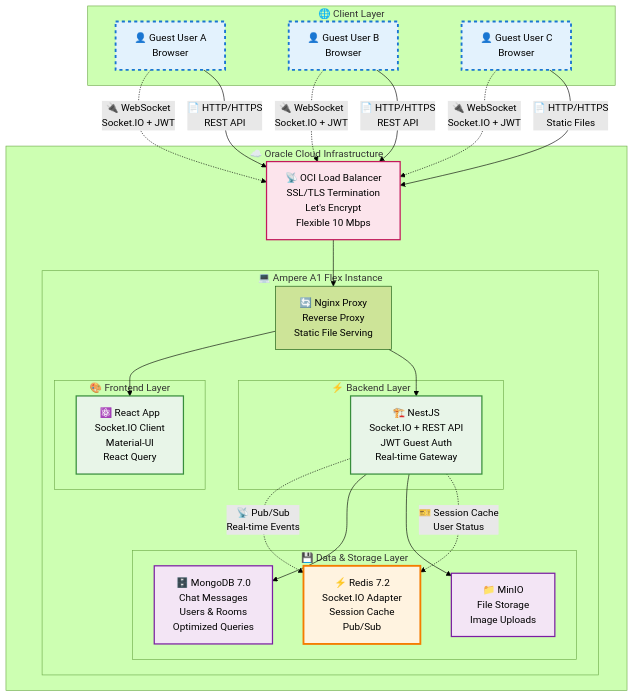
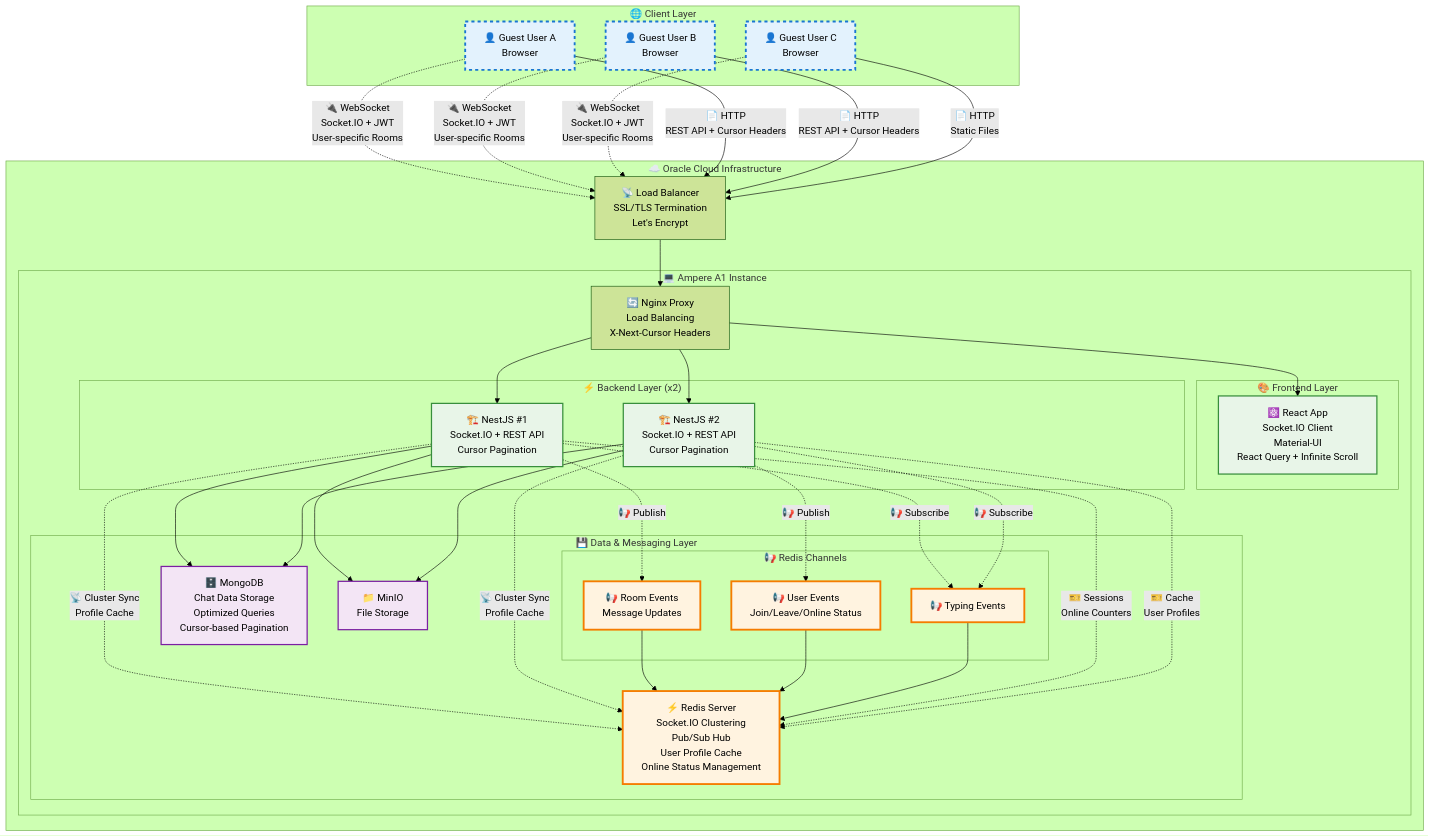
Before and after one commit to jjjjjunhyung/Roadmap: the diagram in Toy Project/Real-Time Chat Service/README.md, drawn with Mermaid (forest theme).

````diff
--- a/Toy Project/Real-Time Chat Service/README.md
+++ b/Toy Project/Real-Time Chat Service/README.md
@@ -41,61 +41,82 @@
     end
 
     subgraph "☁️ Oracle Cloud Infrastructure"
-        LB[📡 OCI Load Balancer<br/>SSL/TLS Termination<br/>Let's Encrypt<br/>Flexible 10 Mbps]
+        LB[📡 Load Balancer<br/>SSL/TLS Termination<br/>Let's Encrypt]
 
-        subgraph "💻 Ampere A1 Flex Instance"
-            NGINX[🔄 Nginx Proxy<br/>Reverse Proxy<br/>Static File Serving]
+        subgraph "💻 Ampere A1 Instance"
+            NGINX[🔄 Nginx Proxy<br/>Load Balancing<br/>X-Next-Cursor Headers]
 
             subgraph "🎨 Frontend Layer"
-                REACT[⚛️ React App<br/>Socket.IO Client<br/>Material-UI<br/>React Query]
+                REACT[⚛️ React App<br/>Socket.IO Client<br/>Material-UI<br/>React Query + Infinite Scroll]
             end
 
-            subgraph "⚡ Backend Layer"
-                NESTJS[🏗️ NestJS<br/>Socket.IO + REST API<br/>JWT Guest Auth<br/>Real-time Gateway]
+            subgraph "⚡ Backend Layer (x2)"
+                NESTJS1[🏗️ NestJS #1<br/>Socket.IO + REST API<br/>Cursor Pagination]
+                NESTJS2[🏗️ NestJS #2<br/>Socket.IO + REST API<br/>Cursor Pagination]
             end
 
-            subgraph "💾 Data & Storage Layer"
-                REDIS[⚡ Redis 7.2<br/>Socket.IO Adapter<br/>Session Cache<br/>Pub/Sub]
-                
-                MONGO[🗄️ MongoDB 7.0<br/>Chat Messages<br/>Users & Rooms<br/>Optimized Queries]
-                
-                MINIO[📁 MinIO<br/>File Storage<br/>Image Uploads]
+            subgraph "💾 Data & Messaging Layer"
+                REDIS[⚡ Redis Server<br/>Socket.IO Clustering<br/>Pub/Sub Hub<br/>User Profile Cache<br/>Online Status Management]
+
+                subgraph "📢 Redis Channels"
+                    PUBSUB_ROOM[📢 Room Events<br/>Message Updates]
+                    PUBSUB_USER[📢 User Events<br/>Join/Leave/Online Status]
+                    PUBSUB_TYPING[📢 Typing Events]
+                end
+
+                MONGO[🗄️ MongoDB<br/>Chat Data Storage<br/>Optimized Queries<br/>Cursor-based Pagination]
+                MINIO[📁 MinIO<br/>File Storage]
             end
         end
     end
 
     %% WebSocket Connections (Real-time)
-    U1 -.->|🔌 WebSocket<br/>Socket.IO + JWT| LB
-    U2 -.->|🔌 WebSocket<br/>Socket.IO + JWT| LB
-    U3 -.->|🔌 WebSocket<br/>Socket.IO + JWT| LB
+    U1 -.->|🔌 WebSocket<br/>Socket.IO + JWT<br/>User-specific Rooms| LB
+    U2 -.->|🔌 WebSocket<br/>Socket.IO + JWT<br/>User-specific Rooms| LB
+    U3 -.->|🔌 WebSocket<br/>Socket.IO + JWT<br/>User-specific Rooms| LB
 
     %% HTTP Connections
-    U1 -->|📄 HTTP/HTTPS<br/>REST API| LB
-    U2 -->|📄 HTTP/HTTPS<br/>REST API| LB
-    U3 -->|📄 HTTP/HTTPS<br/>Static Files| LB
+    U1 -->|📄 HTTP<br/>REST API + Cursor Headers| LB
+    U2 -->|📄 HTTP<br/>REST API + Cursor Headers| LB
+    U3 -->|📄 HTTP<br/>Static Files| LB
 
     LB --> NGINX
     NGINX --> REACT
-    NGINX --> NESTJS
+    NGINX --> NESTJS1
+    NGINX --> NESTJS2
 
-    %% Data Flow
-    NESTJS -.->|📡 Pub/Sub<br/>Real-time Events| REDIS
-    NESTJS --> MONGO
-    NESTJS --> MINIO
+    %% Socket.IO Clustering
+    NESTJS1 -.->|📡 Cluster Sync<br/>Profile Cache| REDIS
+    NESTJS2 -.->|📡 Cluster Sync<br/>Profile Cache| REDIS
+
+    %% Real-time Message Flow
+    NESTJS1 -.->|📢 Publish| PUBSUB_ROOM
+    NESTJS2 -.->|📢 Publish| PUBSUB_USER
+    NESTJS1 -.->|📢 Subscribe| PUBSUB_TYPING
+    NESTJS2 -.->|📢 Subscribe| PUBSUB_TYPING
+
+    PUBSUB_ROOM --> REDIS
+    PUBSUB_USER --> REDIS
+    PUBSUB_TYPING --> REDIS
+
+    %% Data Persistence
+    NESTJS1 --> MONGO
+    NESTJS2 --> MONGO
+    NESTJS1 --> MINIO
+    NESTJS2 --> MINIO
 
     %% Session Management
-    NESTJS -.->|🎫 Session Cache<br/>User Status| REDIS
+    NESTJS1 -.->|🎫 Sessions<br/>Online Counters| REDIS
+    NESTJS2 -.->|🎫 Cache<br/>User Profiles| REDIS
 
     %% Styling
     classDef websocket fill:#e3f2fd,stroke:#1976d2,stroke-width:3px,stroke-dasharray: 5 5
     classDef pubsub fill:#fff3e0,stroke:#f57c00,stroke-width:3px
     classDef realtime fill:#e8f5e8,stroke:#388e3c,stroke-width:2px
     classDef storage fill:#f3e5f5,stroke:#7b1fa2,stroke-width:2px
-    classDef infrastructure fill:#fce4ec,stroke:#c2185b,stroke-width:2px
 
     class U1,U2,U3 websocket
-    class REDIS pubsub
-    class NESTJS,REACT realtime
+    class PUBSUB_ROOM,PUBSUB_USER,PUBSUB_TYPING,REDIS pubsub
+    class NESTJS1,NESTJS2,REACT realtime
     class MONGO,MINIO storage
-    class LB infrastructure
 ```
````
